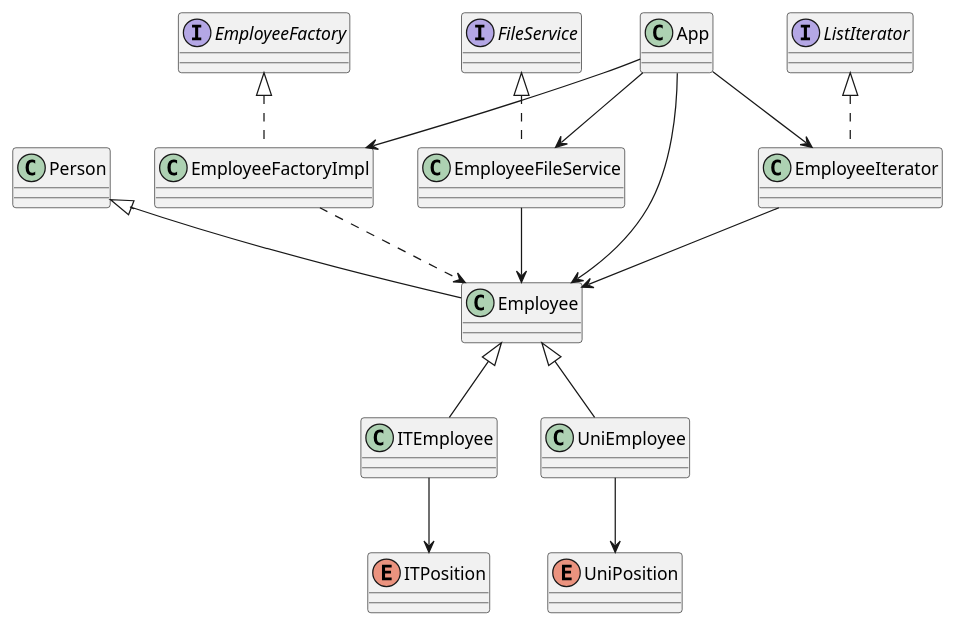
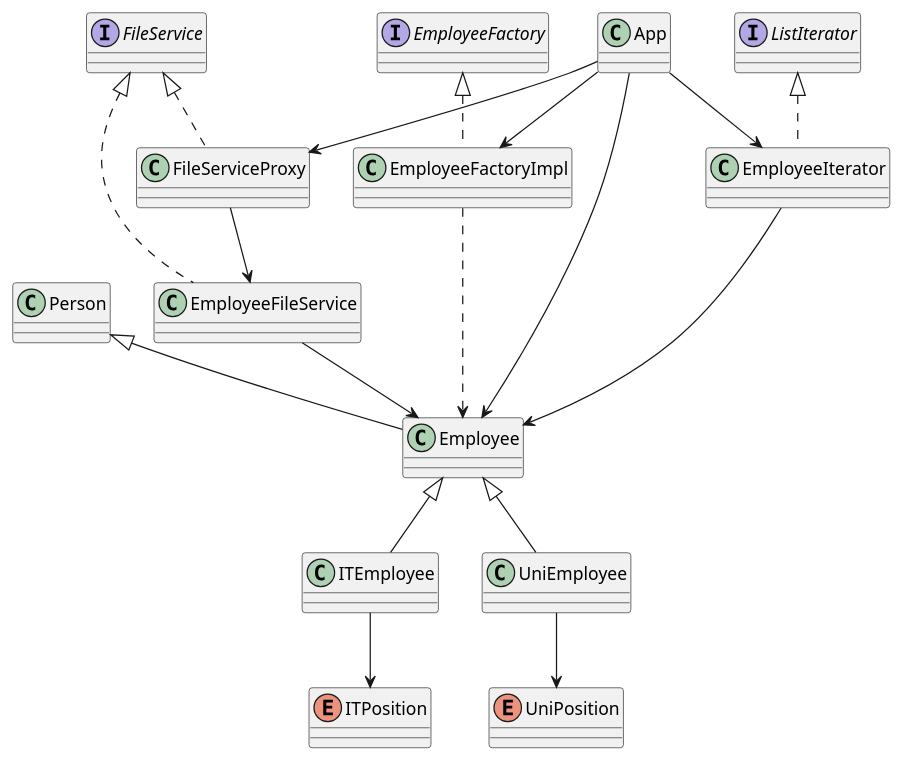
Before and after one commit to Ddavid111/employee-management-system: the diagram in docs/simplifiedClassDiagram.puml, drawn with PlantUML. The commit also changed 9 other files, not shown here.

First line of the commit message:
Refactor EmployeeFileService and introduce FileServiceProxy for enhanced file operations

```diff
--- a/docs/simplifiedClassDiagram.puml
+++ b/docs/simplifiedClassDiagram.puml
@@ -1,47 +1,50 @@
 @startuml
 
 ' ====== Alap entitások ======
 class Person
 class Employee
 class ITEmployee
 class UniEmployee
 
 ' ====== Enum-ok ======
 enum ITPosition
 enum UniPosition
 
 ' ====== Tervezési minták ======
 interface EmployeeFactory
 class EmployeeFactoryImpl
 
 interface FileService
 class EmployeeFileService
+class FileServiceProxy
 
 interface ListIterator
 class EmployeeIterator
 
 ' ====== Főprogram ======
 class App
 
 ' ====== Kapcsolatok ======
 Person <|-- Employee
 Employee <|-- ITEmployee
 Employee <|-- UniEmployee
 
 ITEmployee --> ITPosition
 UniEmployee --> UniPosition
 
 EmployeeFactory <|.. EmployeeFactoryImpl
 EmployeeFactoryImpl ..> Employee
 
 FileService <|.. EmployeeFileService
+FileService <|.. FileServiceProxy
+FileServiceProxy --> EmployeeFileService
 EmployeeFileService --> Employee
 
 ListIterator <|.. EmployeeIterator
 EmployeeIterator --> Employee
 
 App --> EmployeeFactoryImpl
-App --> EmployeeFileService
+App --> FileServiceProxy
 App --> EmployeeIterator
 App --> Employee
 @enduml
```
